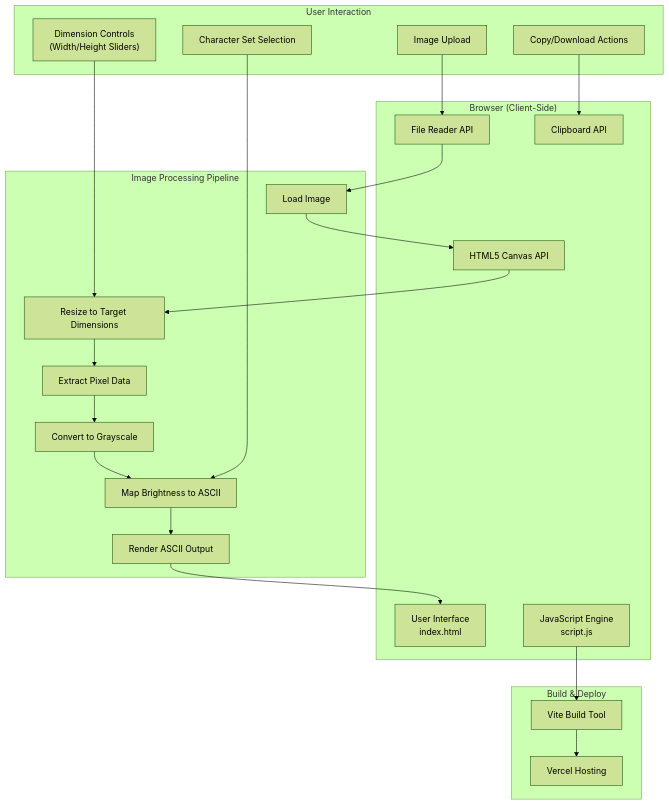
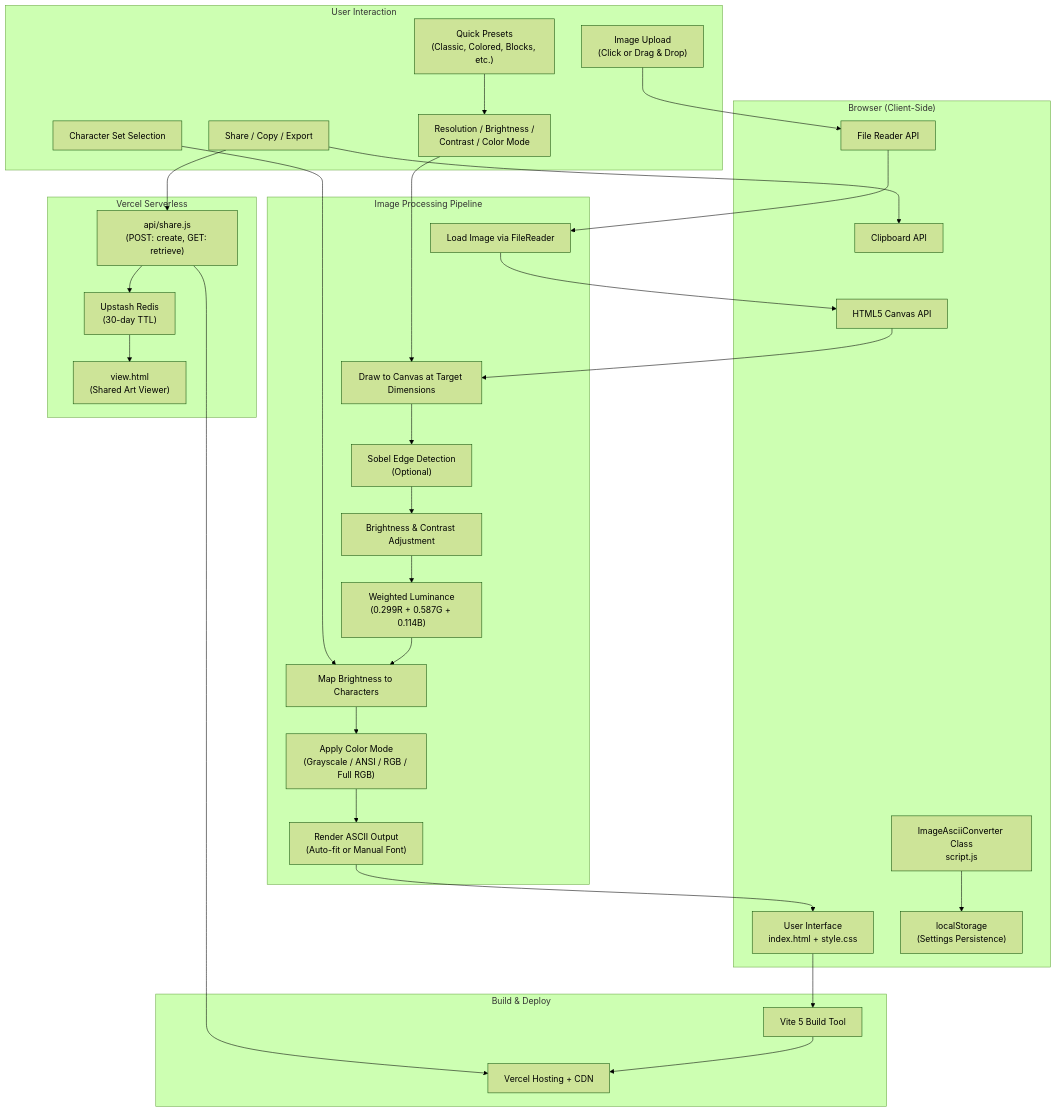
Before and after one commit to Technical-1/Image-To-Ascii-Vite: the first of 2 diagrams in .portfolio/architecture.md, drawn with Mermaid (forest theme). The commit also changed other lines of this file and 12 other files, not shown here.

````diff
--- a/.portfolio/architecture.md
+++ b/.portfolio/architecture.md
@@ -5,47 +5,65 @@
 ```mermaid
 flowchart TB
     subgraph Client["Browser (Client-Side)"]
-        UI["User Interface<br/>index.html"]
-        JS["JavaScript Engine<br/>script.js"]
+        UI["User Interface<br/>index.html + style.css"]
+        Converter["ImageAsciiConverter Class<br/>script.js"]
         Canvas["HTML5 Canvas API"]
         FileAPI["File Reader API"]
         Clipboard["Clipboard API"]
+        Storage["localStorage<br/>(Settings Persistence)"]
     end
 
     subgraph UserInteraction["User Interaction"]
-        Upload["Image Upload"]
-        Controls["Dimension Controls<br/>(Width/Height Sliders)"]
+        Upload["Image Upload<br/>(Click or Drag & Drop)"]
+        Controls["Resolution / Brightness /<br/>Contrast / Color Mode"]
         CharSet["Character Set Selection"]
-        Actions["Copy/Download Actions"]
+        Presets["Quick Presets<br/>(Classic, Colored, Blocks, etc.)"]
+        Actions["Share / Copy / Export"]
     end
 
     subgraph Processing["Image Processing Pipeline"]
-        Load["Load Image"]
-        Resize["Resize to Target Dimensions"]
-        Extract["Extract Pixel Data"]
-        Grayscale["Convert to Grayscale"]
-        Map["Map Brightness to ASCII"]
-        Render["Render ASCII Output"]
+        Load["Load Image via FileReader"]
+        Resize["Draw to Canvas at Target Dimensions"]
+        Edge["Sobel Edge Detection<br/>(Optional)"]
+        BrightContrast["Brightness & Contrast Adjustment"]
+        Grayscale["Weighted Luminance<br/>(0.299R + 0.587G + 0.114B)"]
+        Map["Map Brightness to Characters"]
+        Colorize["Apply Color Mode<br/>(Grayscale / ANSI / RGB / Full RGB)"]
+        Render["Render ASCII Output<br/>(Auto-fit or Manual Font)"]
+    end
+
+    subgraph Server["Vercel Serverless"]
+        ShareAPI["api/share.js<br/>(POST: create, GET: retrieve)"]
+        Redis["Upstash Redis<br/>(30-day TTL)"]
+        ViewPage["view.html<br/>(Shared Art Viewer)"]
     end
 
     Upload --> FileAPI
     FileAPI --> Load
     Load --> Canvas
     Canvas --> Resize
-    Resize --> Extract
-    Extract --> Grayscale
+    Controls --> Resize
+    Resize --> Edge
+    Edge --> BrightContrast
+    BrightContrast --> Grayscale
     Grayscale --> Map
     CharSet --> Map
-    Controls --> Resize
-    Map --> Render
+    Presets --> Controls
+    Map --> Colorize
+    Colorize --> Render
     Render --> UI
     Actions --> Clipboard
+    Actions --> ShareAPI
+    ShareAPI --> Redis
+    Redis --> ViewPage
+    Converter --> Storage
 
     subgraph Build["Build & Deploy"]
-        Vite["Vite Build Tool"]
-        Vercel["Vercel Hosting"]
+        Vite["Vite 5 Build Tool"]
+        Vercel["Vercel Hosting + CDN"]
     end
 
-    JS --> Vite
+    UI --> Vite
     Vite --> Vercel
+    ShareAPI --> Vercel
 ```
````
